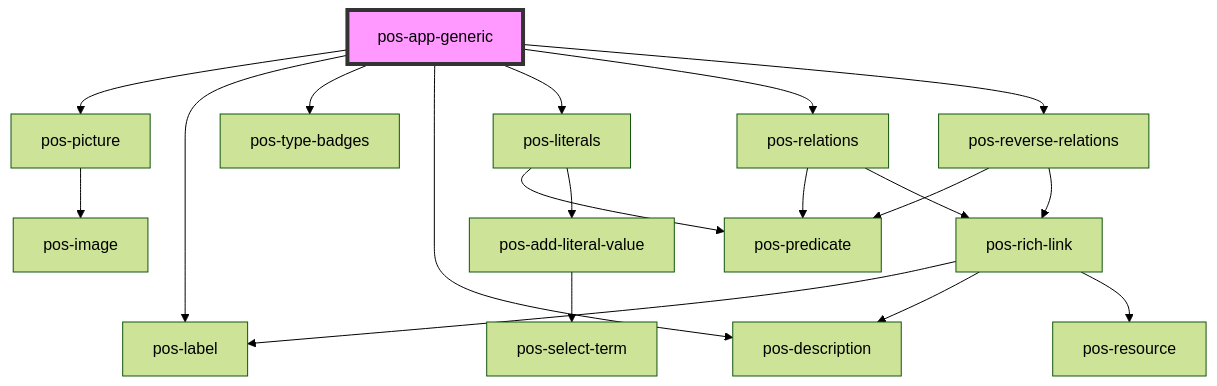
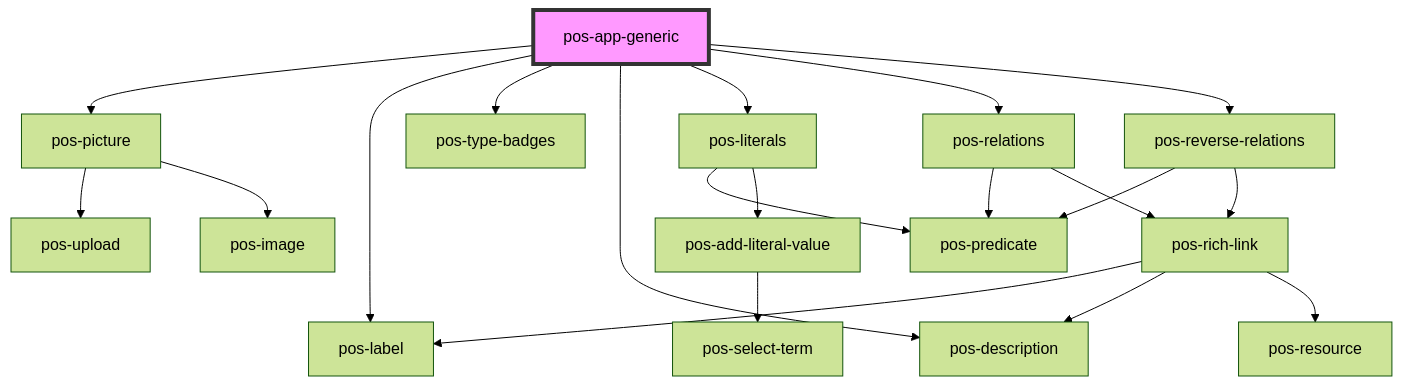
The diagram in docs/elements/apps/pos-app-generic/readme.md (pod-os/PodOS), drawn with Mermaid (forest theme) before and after one commit. The commit also changed 5 other files, not shown here.

````diff
--- a/docs/elements/apps/pos-app-generic/readme.md
+++ b/docs/elements/apps/pos-app-generic/readme.md
@@ -21,22 +21,23 @@
 ```mermaid
 graph TD;
   pos-app-generic --> pos-picture
   pos-app-generic --> pos-label
   pos-app-generic --> pos-type-badges
   pos-app-generic --> pos-description
   pos-app-generic --> pos-literals
   pos-app-generic --> pos-relations
   pos-app-generic --> pos-reverse-relations
+  pos-picture --> pos-upload
   pos-picture --> pos-image
   pos-literals --> pos-predicate
   pos-literals --> pos-add-literal-value
   pos-add-literal-value --> pos-select-term
   pos-relations --> pos-predicate
   pos-relations --> pos-rich-link
   pos-rich-link --> pos-label
   pos-rich-link --> pos-description
   pos-rich-link --> pos-resource
   pos-reverse-relations --> pos-predicate
   pos-reverse-relations --> pos-rich-link
   style pos-app-generic fill:#f9f,stroke:#333,stroke-width:4px
 ```
````
